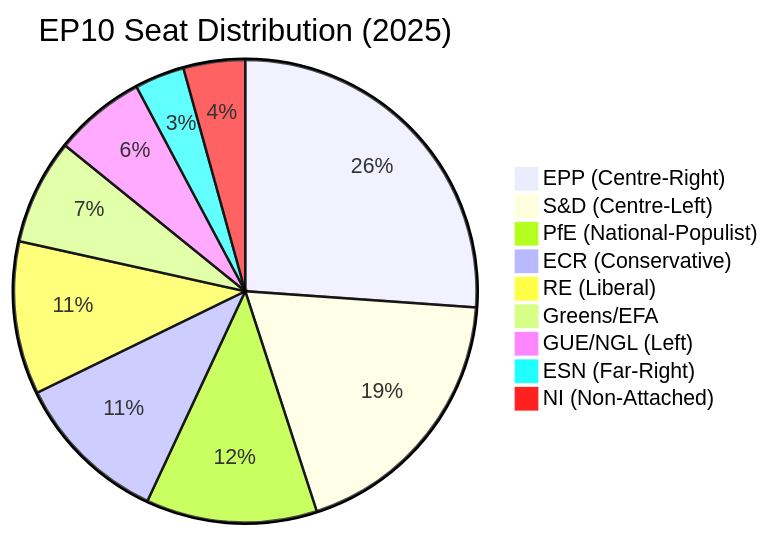
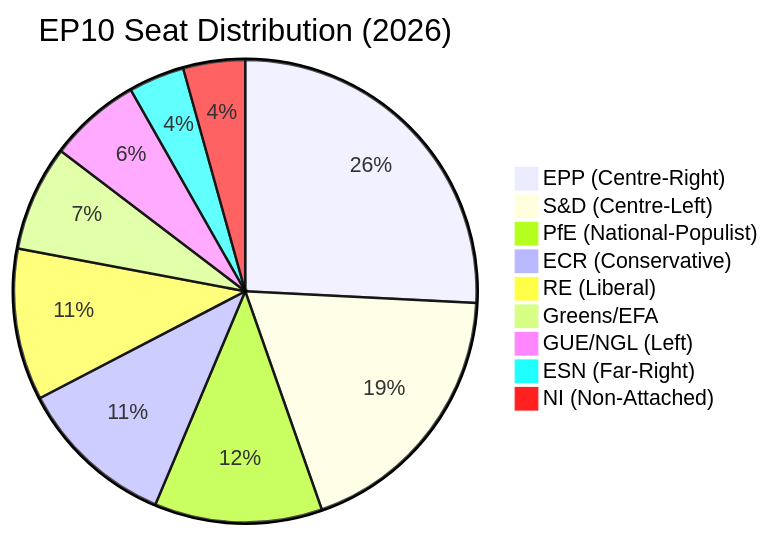
One commit to Hack23/European-Parliament-MCP-Server changed the first of 21 diagrams in EP_POLITICAL_LANDSCAPE.md. Above: the diagram before and after it, drawn with Mermaid. The commit also changed other lines of this file and 4 other files, not shown here.

````diff
--- a/EP_POLITICAL_LANDSCAPE.md
+++ b/EP_POLITICAL_LANDSCAPE.md
@@ -44,12 +46,12 @@
 ```mermaid
-pie title EP10 Seat Distribution (2025)
-    "EPP (Centre-Right)" : 188
-    "S&D (Centre-Left)" : 136
-    "PfE (National-Populist)" : 86
-    "ECR (Conservative)" : 78
-    "RE (Liberal)" : 77
+pie title EP10 Seat Distribution (2026)
+    "EPP (Centre-Right)" : 185
+    "S&D (Centre-Left)" : 135
+    "PfE (National-Populist)" : 84
+    "ECR (Conservative)" : 79
+    "RE (Liberal)" : 76
     "Greens/EFA" : 53
     "GUE/NGL (Left)" : 46
-    "ESN (Far-Right)" : 25
+    "ESN (Far-Right)" : 28
     "NI (Non-Attached)" : 31
 ```
````
